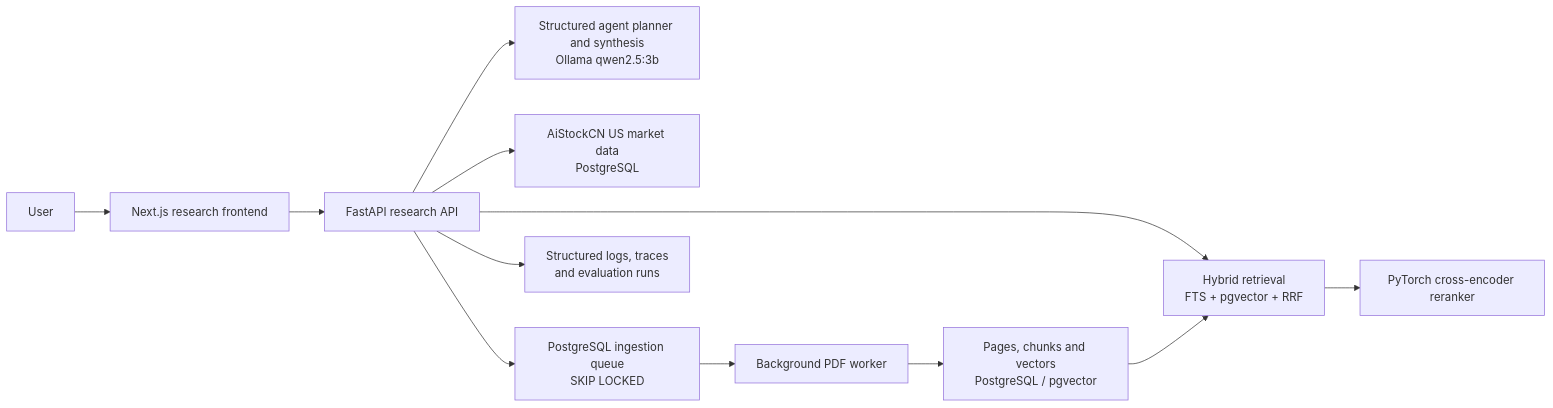
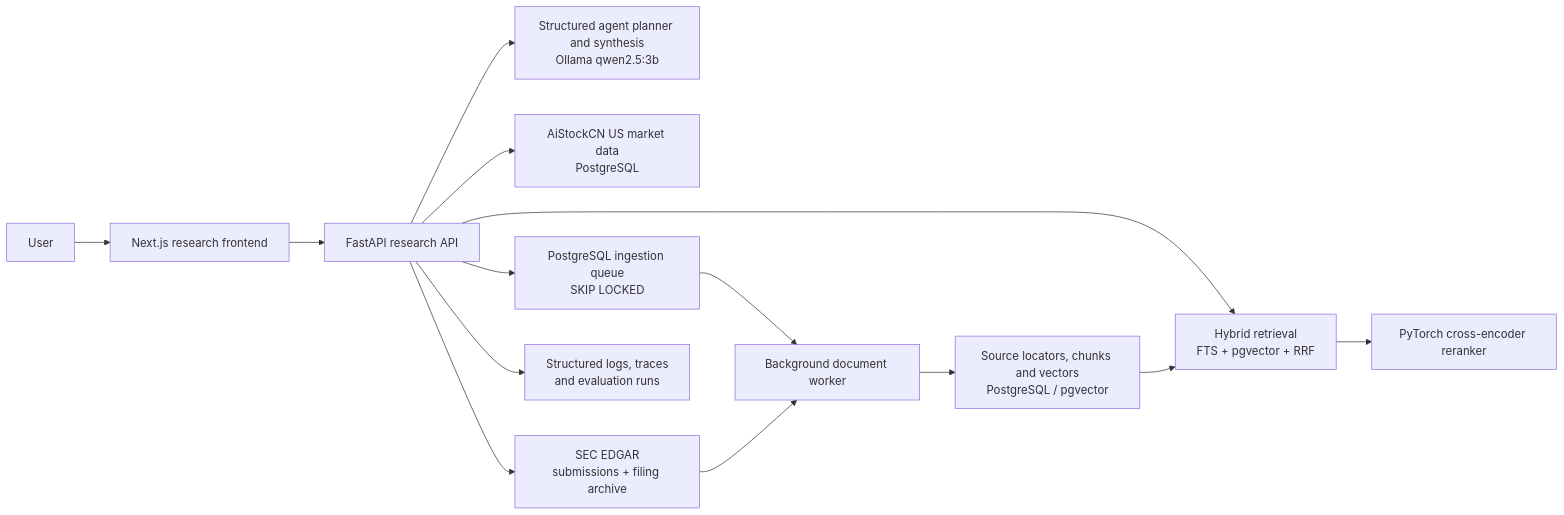
One commit to thisiscatcode/aistockcn changed the diagram in README.md. Above: the diagram before and after it, drawn with Mermaid. The commit also changed other lines of this file and 17 other files, not shown here.

Commit message:
Add official SEC filing ingestion to Research Copilot

````diff
--- a/README.md
+++ b/README.md
@@ -61,14 +62,16 @@
 ```mermaid
 flowchart LR
     U["User"] --> W["Next.js research frontend"]
     W --> A["FastAPI research API"]
     A --> L["Structured agent planner and synthesis\nOllama qwen2.5:3b"]
     A --> M["AiStockCN US market data\nPostgreSQL"]
+    A --> S["SEC EDGAR\nsubmissions + filing archive"]
     A --> H["Hybrid retrieval\nFTS + pgvector + RRF"]
     H --> R["PyTorch cross-encoder reranker"]
     A --> Q["PostgreSQL ingestion queue\nSKIP LOCKED"]
-    Q --> K["Background PDF worker"]
-    K --> V["Pages, chunks and vectors\nPostgreSQL / pgvector"]
+    Q --> K["Background document worker"]
+    S --> K
+    K --> V["Source locators, chunks and vectors\nPostgreSQL / pgvector"]
     V --> H
     A --> O["Structured logs, traces\nand evaluation runs"]
 ```
````
